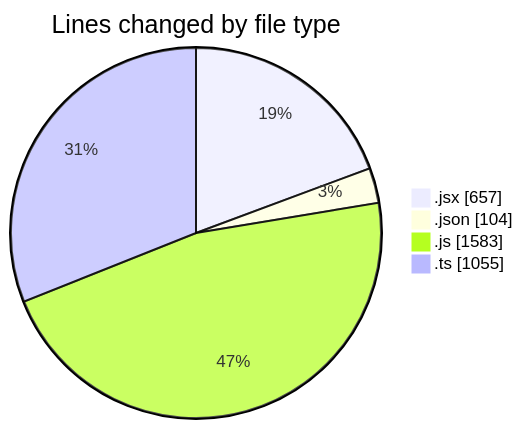
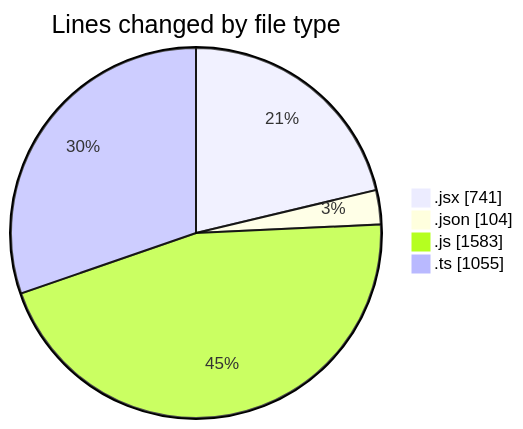
The first of 2 diagrams in 2025-05-19/cda/README.md (momahboobian/code-tracking), drawn with Mermaid before and after one commit. The commit also changed other lines of this file and 1 other file, not shown here.

````diff
--- a/2025-05-19/cda/README.md
+++ b/2025-05-19/cda/README.md
@@ -28,8 +28,8 @@
 ```mermaid
 pie showData
 title Lines changed by file type
-".jsx" : 657
+".jsx" : 741
 ".json" : 104
 ".js" : 1583
 ".ts" : 1055
 ```
````
